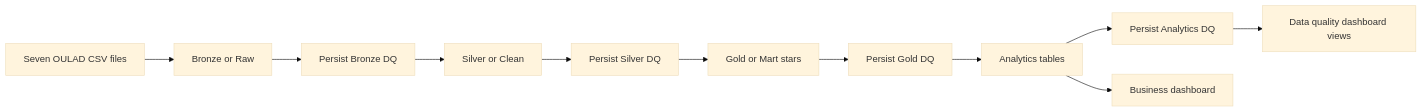
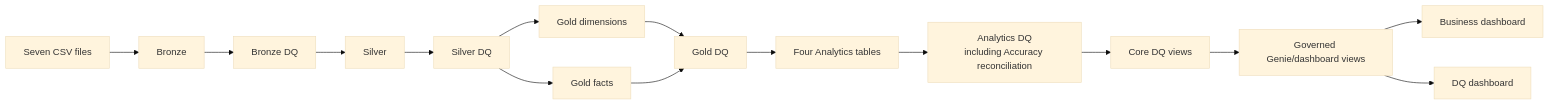
One commit to killuazai/oulad-dataset changed the diagram in docs/architecture.md. Above: the diagram before and after it, drawn with Mermaid (base theme). The commit also changed other lines of this file and 29 other files, not shown here.

````diff
--- a/docs/architecture.md
+++ b/docs/architecture.md
@@ -5,13 +5,17 @@
 ```mermaid
 flowchart LR
-    S[Seven OULAD CSV files] --> B[Bronze or Raw]
-    B --> QB[Persist Bronze DQ]
-    QB --> C[Silver or Clean]
-    C --> QS[Persist Silver DQ]
-    QS --> G[Gold or Mart stars]
-    G --> QG[Persist Gold DQ]
-    QG --> A[Analytics tables]
-    A --> QA[Persist Analytics DQ]
-    QA --> DQ[Data quality dashboard views]
-    A --> BD[Business dashboard]
+    S[Seven CSV files] --> B[Bronze]
+    B --> QB[Bronze DQ]
+    QB --> C[Silver]
+    C --> QS[Silver DQ]
+    QS --> GD[Gold dimensions]
+    QS --> GF[Gold facts]
+    GD --> QG[Gold DQ]
+    GF --> QG
+    QG --> A[Four Analytics tables]
+    A --> QA[Analytics DQ<br/>including Accuracy reconciliation]
+    QA --> DV[Core DQ views]
+    DV --> GV[Governed Genie/dashboard views]
+    GV --> BD[Business dashboard]
+    GV --> DD[DQ dashboard]
 ```
````
